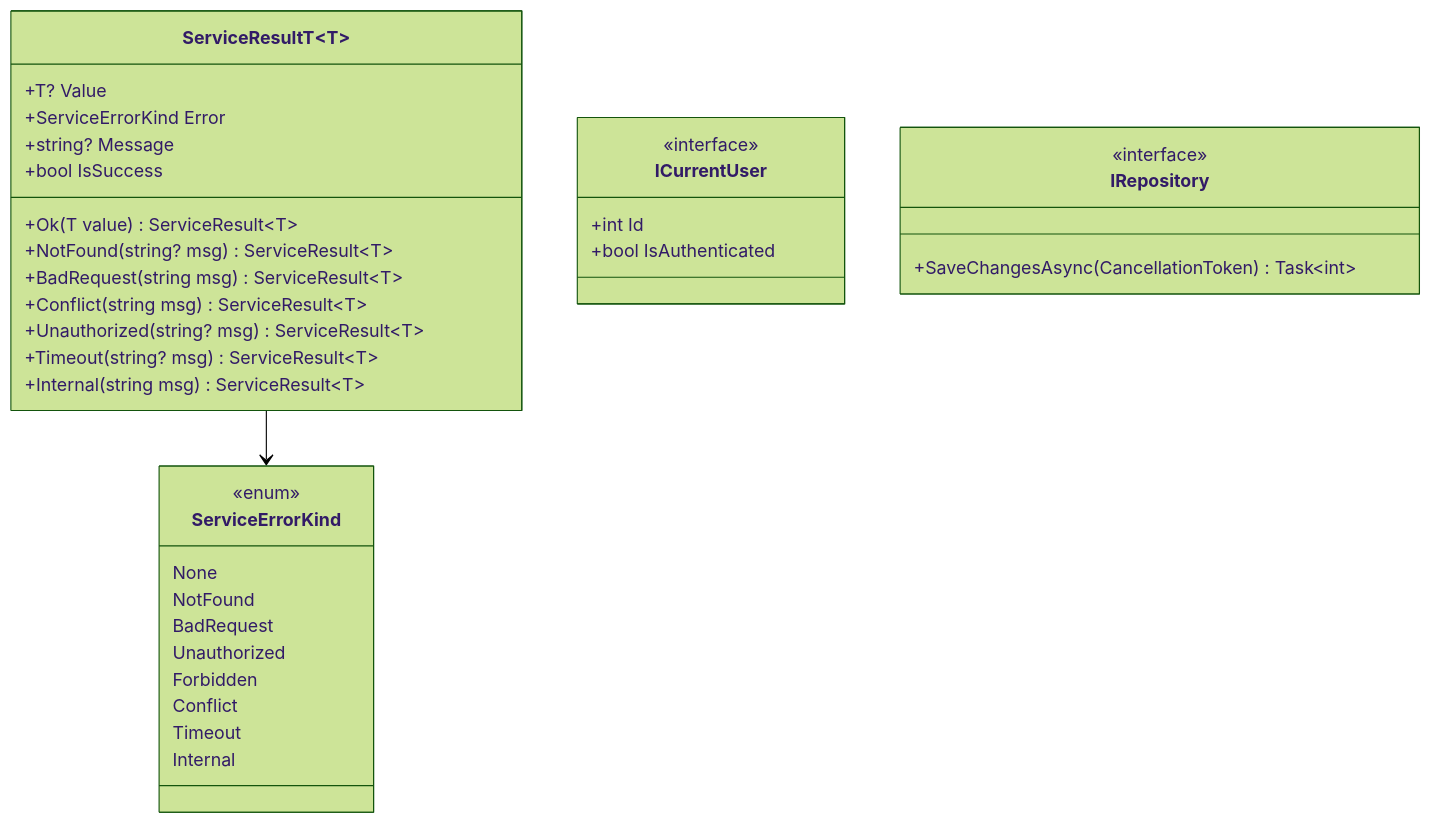
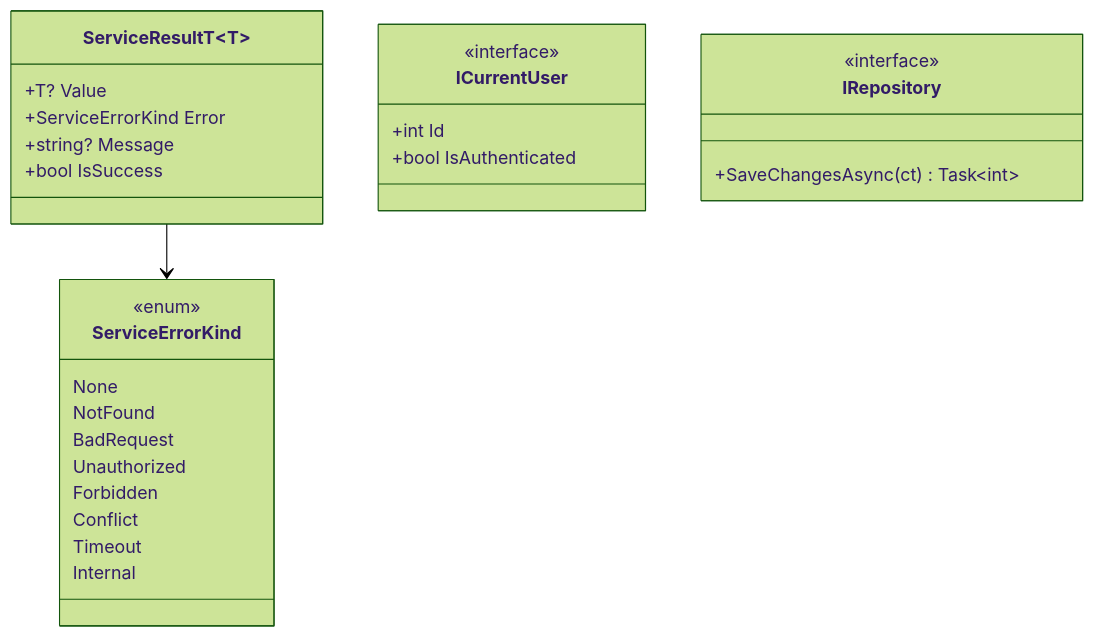
The diagram in diagrams/backend/03-application-layer.md (Dockdep/LessonHub), drawn with Mermaid (forest theme) before and after one commit. The commit also changed other lines of this file and 36 other files, not shown here.

````diff
--- a/diagrams/backend/03-application-layer.md
+++ b/diagrams/backend/03-application-layer.md
@@ -9,41 +9,34 @@
 ```mermaid
 classDiagram
   class ServiceErrorKind {
     <<enum>>
     None
     NotFound
     BadRequest
     Unauthorized
     Forbidden
     Conflict
     Timeout
     Internal
   }
 
   class ServiceResultT~T~ {
     +T? Value
     +ServiceErrorKind Error
     +string? Message
     +bool IsSuccess
-    +Ok(T value) ServiceResult~T~
-    +NotFound(string? msg) ServiceResult~T~
-    +BadRequest(string msg) ServiceResult~T~
-    +Conflict(string msg) ServiceResult~T~
-    +Unauthorized(string? msg) ServiceResult~T~
-    +Timeout(string? msg) ServiceResult~T~
-    +Internal(string msg) ServiceResult~T~
   }
 
   class ICurrentUser {
     <<interface>>
     +int Id
     +bool IsAuthenticated
   }
 
   class IRepository {
     <<interface>>
-    +SaveChangesAsync(CancellationToken) Task~int~
+    +SaveChangesAsync(ct) Task~int~
   }
 
   ServiceResultT --> ServiceErrorKind
 ```
````
